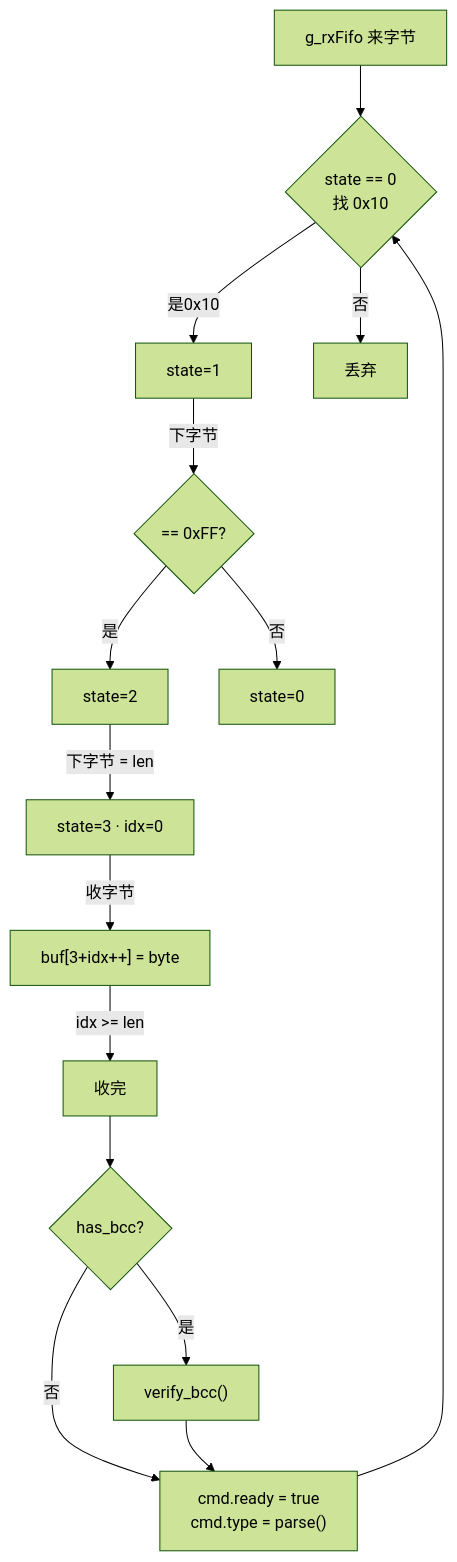
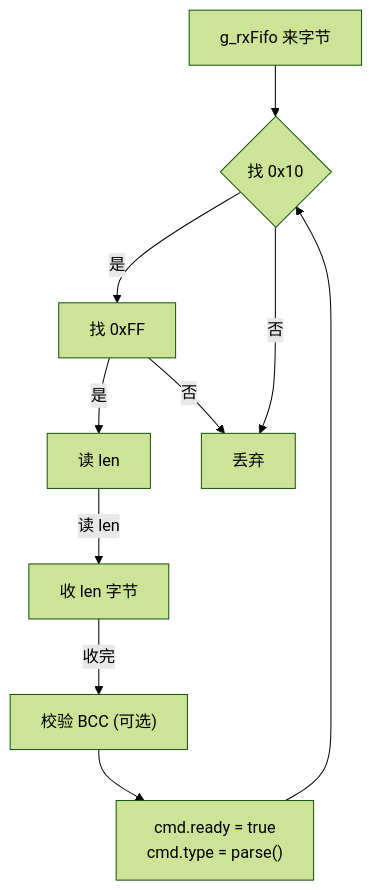
The fourth of 16 diagrams in 工作/SR3读卡器/260802SR3读卡器架构.md (Siaiai/ObsidianNote), drawn with Mermaid (forest theme) before and after one commit. The commit also changed other lines of this file and 1 other file, not shown here.

````diff
--- a/工作/SR3读卡器/260802SR3读卡器架构.md
+++ b/工作/SR3读卡器/260802SR3读卡器架构.md
@@ -360,21 +206,12 @@
 ```mermaid
 flowchart TD
-    RX["g_rxFifo 来字节"] --> S0{"state == 0<br/>找 0x10"}
-    S0 -->|"是0x10"| S1["state=1"]
-    S0 -->|"否"| S0_DROP["丢弃"]
-
-    S1 -->|"下字节"| CHK_FF{"== 0xFF?"}
-    CHK_FF -->|"是"| S2["state=2"]
-    CHK_FF -->|"否"| RESET["state=0"]
-
-    S2 -->|"下字节 = len"| S3["state=3 · idx=0"]
-
-    S3 -->|"收字节"| ACCUM["buf[3+idx++] = byte"]
-    ACCUM -->|"idx >= len"| DONE["收完"]
-
-    DONE --> BCC_CHK{"has_bcc?"}
-    BCC_CHK -->|"是"| VERIFY["verify_bcc()"]
-    BCC_CHK -->|"否"| SET
+    RX["g_rxFifo 来字节"] --> S0{"找 0x10"}
+    S0 -->|"是"| S1["找 0xFF"]
+    S1 -->|"是"| S2["读 len"]
+    S2 -->|"读 len"| S3["收 len 字节"]
+    S3 -->|"收完"| VERIFY["校验 BCC (可选)"]
     VERIFY --> SET["cmd.ready = true<br/>cmd.type = parse()"]
+    S0 -->|"否"| DROP["丢弃"]
+    S1 -->|"否"| DROP
     SET --> S0
 ```
````
